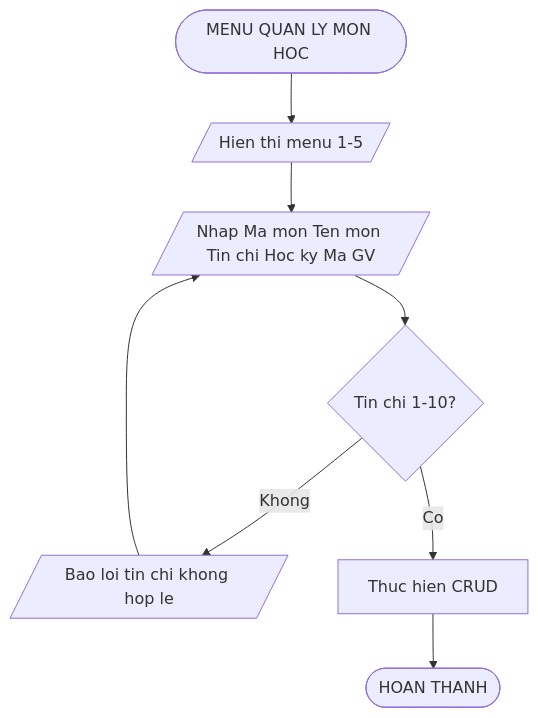
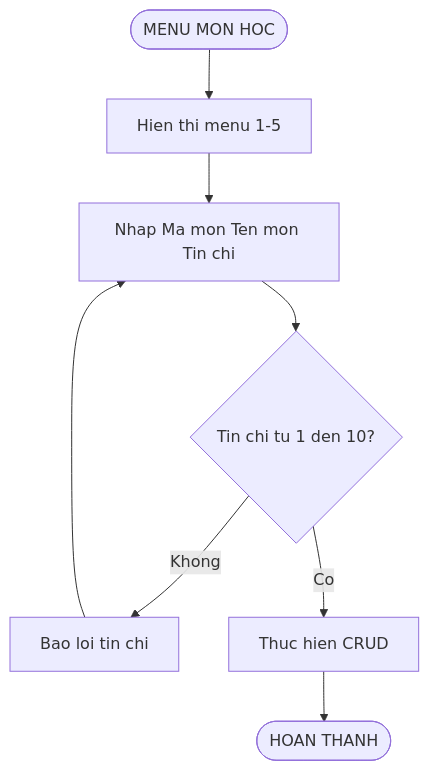
Before and after one commit to phucphuc2006/pro-192: diagram 12 of 20 in docs/Flowcharts/Flowcharts.md, drawn with Mermaid. The commit also changed other lines of this file, not shown here.

Commit message:
Fix Mermaid: remove parallelogram syntax for GitHub

````diff
--- a/docs/Flowcharts/Flowcharts.md
+++ b/docs/Flowcharts/Flowcharts.md
@@ -219,10 +217,10 @@
 ```mermaid
 flowchart TD
-    A([MENU QUAN LY MON HOC]) --> B[/Hien thi menu 1-5/]
-    B --> C[/Nhap Ma mon Ten mon Tin chi Hoc ky Ma GV/]
-    C --> D{Tin chi 1-10?}
-    D -->|Khong| E[/Bao loi tin chi khong hop le/]
+    A([MENU MON HOC]) --> B[Hien thi menu 1-5]
+    B --> C[Nhap Ma mon Ten mon Tin chi]
+    C --> D{Tin chi tu 1 den 10?}
+    D -->|Khong| E[Bao loi tin chi]
     E --> C
     D -->|Co| F[Thuc hien CRUD]
     F --> G([HOAN THANH])
 ```
````
